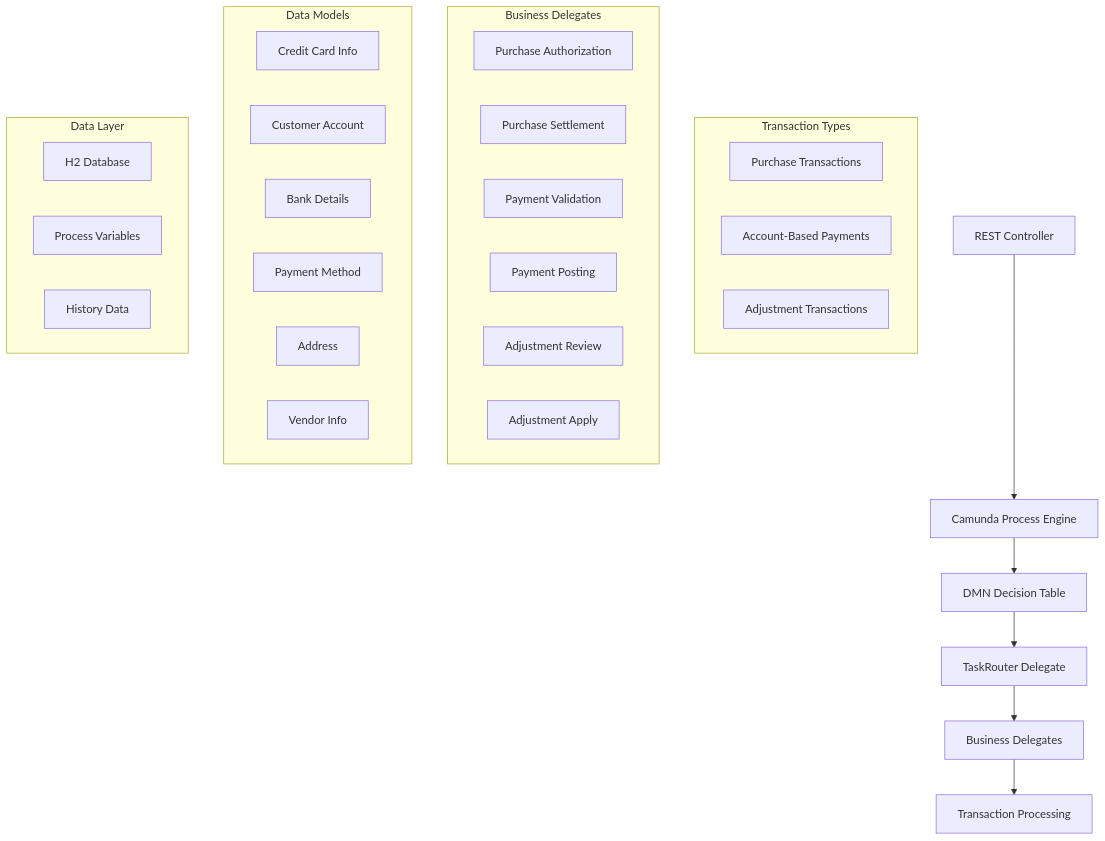
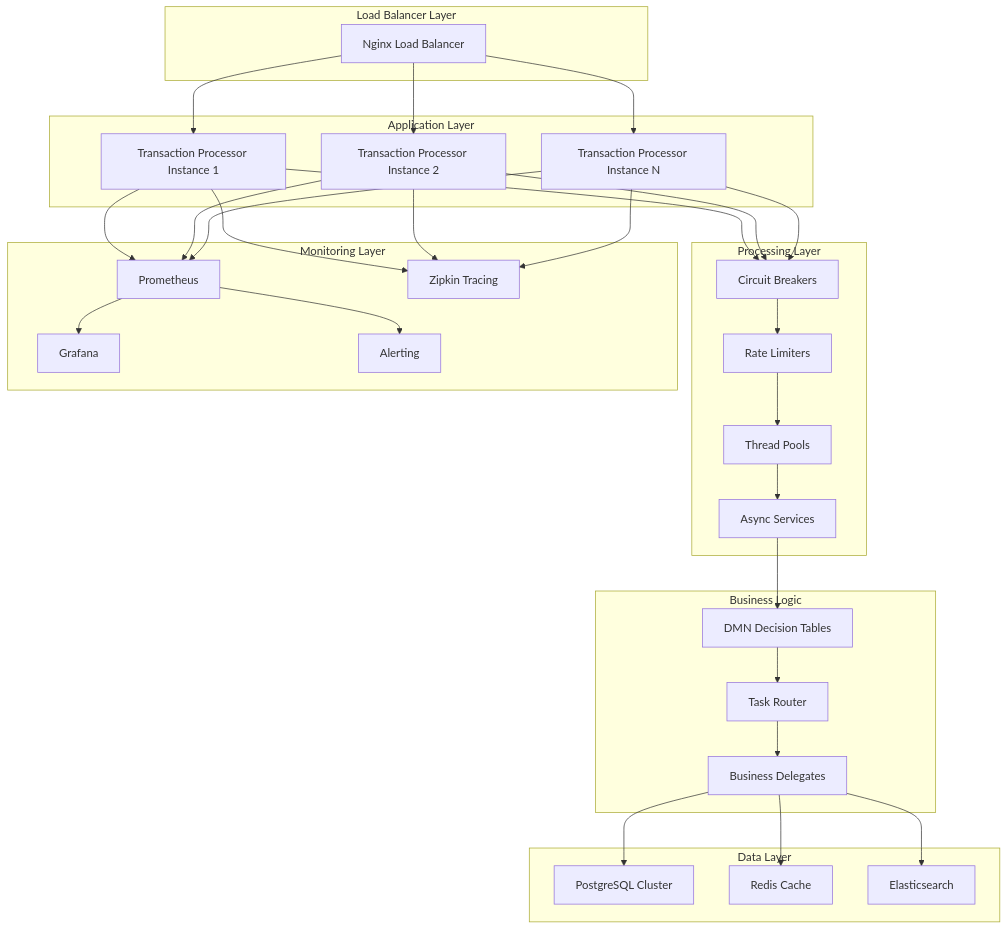
One commit to mayankpatel0129/camunda-transaction-processor-full changed the diagram in DOCUMENTATION.md. Above: the diagram before and after it, drawn with Mermaid. The commit also changed other lines of this file and 24 other files, not shown here.

First line of the commit message:
feat: Enterprise High-Performance Transaction Processor v3.1.0

````diff
--- a/DOCUMENTATION.md
+++ b/DOCUMENTATION.md
@@ -46,38 +70,63 @@
 ```mermaid
 graph TB
-    A[REST Controller] --> B[Camunda Process Engine]
-    B --> C[DMN Decision Table]
-    C --> D[TaskRouter Delegate]
-    D --> E[Business Delegates]
-    E --> F[Transaction Processing]
-    
-    subgraph "Transaction Types"
-        T1[Purchase Transactions]
-        T2[Account-Based Payments]
-        T3[Adjustment Transactions]
+    subgraph "Load Balancer Layer"
+        LB[Nginx Load Balancer]
     end
     
-    subgraph "Business Delegates"
-        E1[Purchase Authorization]
-        E2[Purchase Settlement]
-        E3[Payment Validation]
-        E4[Payment Posting]
-        E5[Adjustment Review]
-        E6[Adjustment Apply]
+    subgraph "Application Layer"
+        A1[Transaction Processor Instance 1]
+        A2[Transaction Processor Instance 2]
+        A3[Transaction Processor Instance N]
     end
     
-    subgraph "Data Models"
-        M1[Credit Card Info]
-        M2[Customer Account]
-        M3[Bank Details]
-        M4[Payment Method]
-        M5[Address]
-        M6[Vendor Info]
+    subgraph "Processing Layer"
+        CB[Circuit Breakers]
+        RL[Rate Limiters]
+        TP[Thread Pools]
+        AS[Async Services]
+    end
+    
+    subgraph "Business Logic"
+        DMN[DMN Decision Tables]
+        TR[Task Router]
+        BD[Business Delegates]
     end
     
     subgraph "Data Layer"
-        G[H2 Database]
-        H[Process Variables]
-        I[History Data]
+        PG[PostgreSQL Cluster]
+        RD[Redis Cache]
+        ES[Elasticsearch]
     end
+    
+    subgraph "Monitoring Layer"
+        PR[Prometheus]
+        GR[Grafana]
+        ZK[Zipkin Tracing]
+        AL[Alerting]
+    end
+    
+    LB --> A1
+    LB --> A2
+    LB --> A3
+    
+    A1 --> CB
+    A2 --> CB
+    A3 --> CB
+    
+    CB --> RL --> TP --> AS
+    AS --> DMN --> TR --> BD
+    
+    BD --> PG
+    BD --> RD
+    BD --> ES
+    
+    A1 --> PR
+    A2 --> PR
+    A3 --> PR
+    PR --> GR
+    PR --> AL
+    
+    A1 --> ZK
+    A2 --> ZK
+    A3 --> ZK
 ```
````
